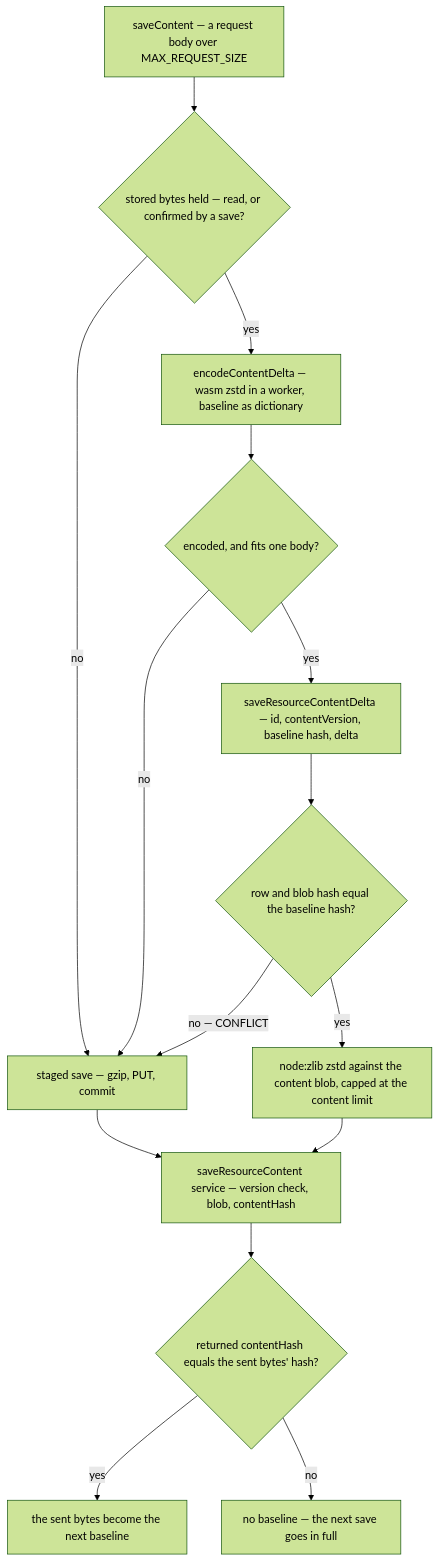
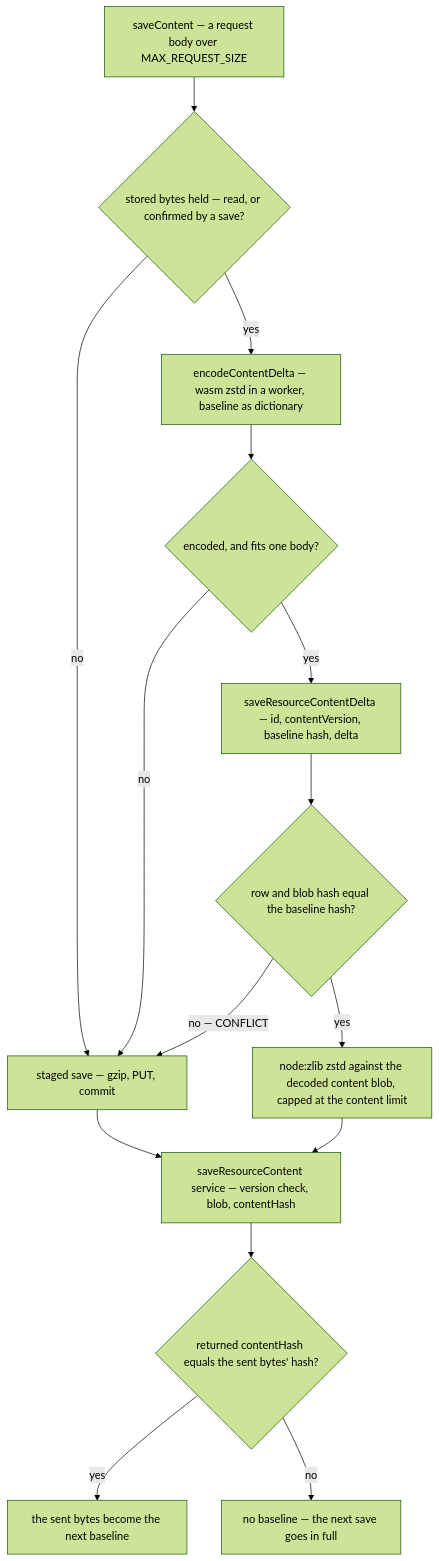
Before and after one commit to Esposter/Esposter: the diagram in apps/web/content/docs/resource/delta-content-saves.md, drawn with Mermaid (forest theme). The commit also changed other lines of this file and 35 other files, not shown here.

````diff
--- a/apps/web/content/docs/resource/delta-content-saves.md
+++ b/apps/web/content/docs/resource/delta-content-saves.md
@@ -12,17 +12,17 @@
 ```mermaid
 flowchart TD
   save["saveContent — a request body over MAX_REQUEST_SIZE"] --> held{"stored bytes held — read, or confirmed by a save?"}
   held -->|no| staged["staged save — gzip, PUT, commit"]
   held -->|yes| encode["encodeContentDelta — wasm zstd in a worker, baseline as dictionary"]
   encode --> fits{"encoded, and fits one body?"}
   fits -->|no| staged
   fits -->|yes| commit["saveResourceContentDelta — id, contentVersion, baseline hash, delta"]
   commit --> match{"row and blob hash equal the baseline hash?"}
   match -->|"no — CONFLICT"| staged
-  match -->|yes| decode["node:zlib zstd against the content blob, capped at the content limit"]
+  match -->|yes| decode["node:zlib zstd against the decoded content blob, capped at the content limit"]
   decode --> door["saveResourceContent service — version check, blob, contentHash"]
   staged --> door
   door --> confirm{"returned contentHash equals the sent bytes' hash?"}
   confirm -->|yes| keep["the sent bytes become the next baseline"]
   confirm -->|no| drop["no baseline — the next save goes in full"]
 ```
````
